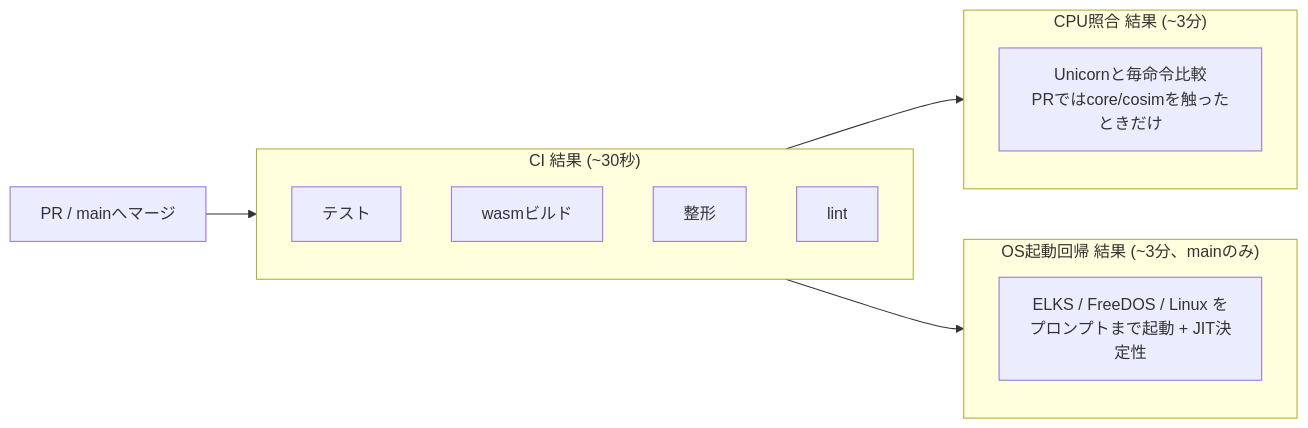
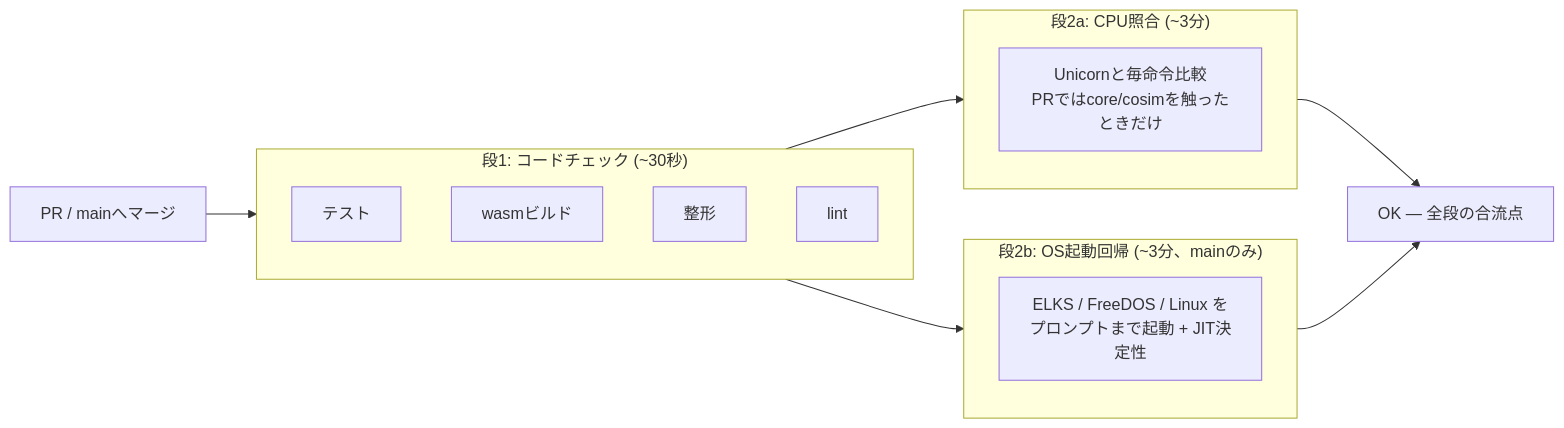
The diagram in docs/reference/ci.md (yoshiharu-ishii/rustx86), drawn with Mermaid before and after one commit. The commit also changed other lines of this file and 3 other files, not shown here.

````diff
--- a/docs/reference/ci.md
+++ b/docs/reference/ci.md
@@ -16,17 +16,19 @@
 ```mermaid
 flowchart LR
-    PR[PR / mainへマージ] --> CI
+    PR[PR / mainへマージ] --> CHECKJ
 
-    subgraph CI["CI 結果 (~30秒)"]
+    subgraph CHECKJ["段1: コードチェック (~30秒)"]
         T[テスト] & W[wasmビルド] & F[整形] & L[lint]
     end
 
-    CI --> COS & REG
+    CHECKJ --> COS & REG
 
-    subgraph COS["CPU照合 結果 (~3分)"]
+    subgraph COS["段2a: CPU照合 (~3分)"]
         C[Unicornと毎命令比較<br>PRではcore/cosimを触ったときだけ]
     end
-    subgraph REG["OS起動回帰 結果 (~3分、mainのみ)"]
+    subgraph REG["段2b: OS起動回帰 (~3分、mainのみ)"]
         G[ELKS / FreeDOS / Linux を<br>プロンプトまで起動 + JIT決定性]
     end
+
+    COS & REG --> OK[OK — 全段の合流点]
 ```
````
